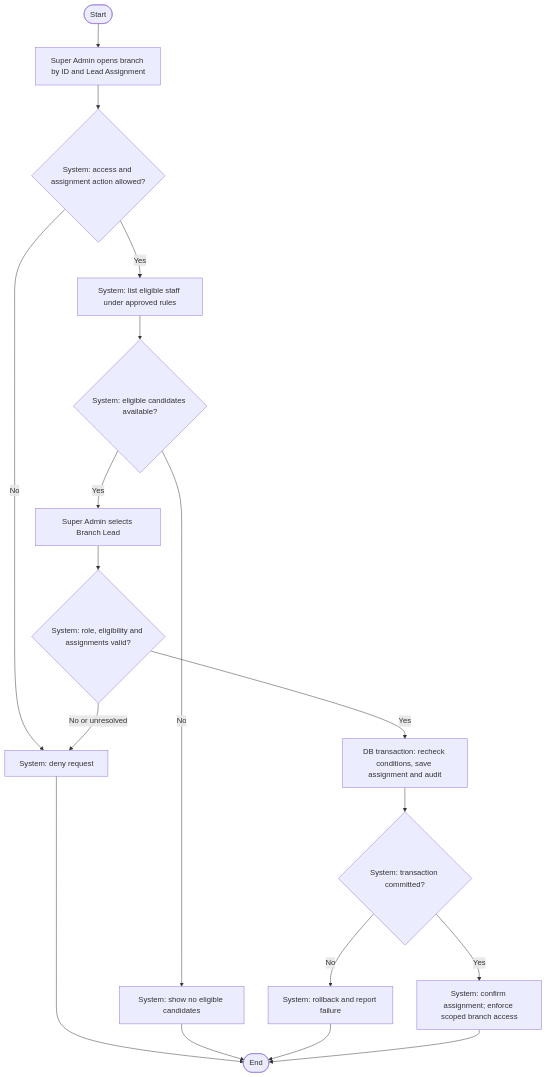
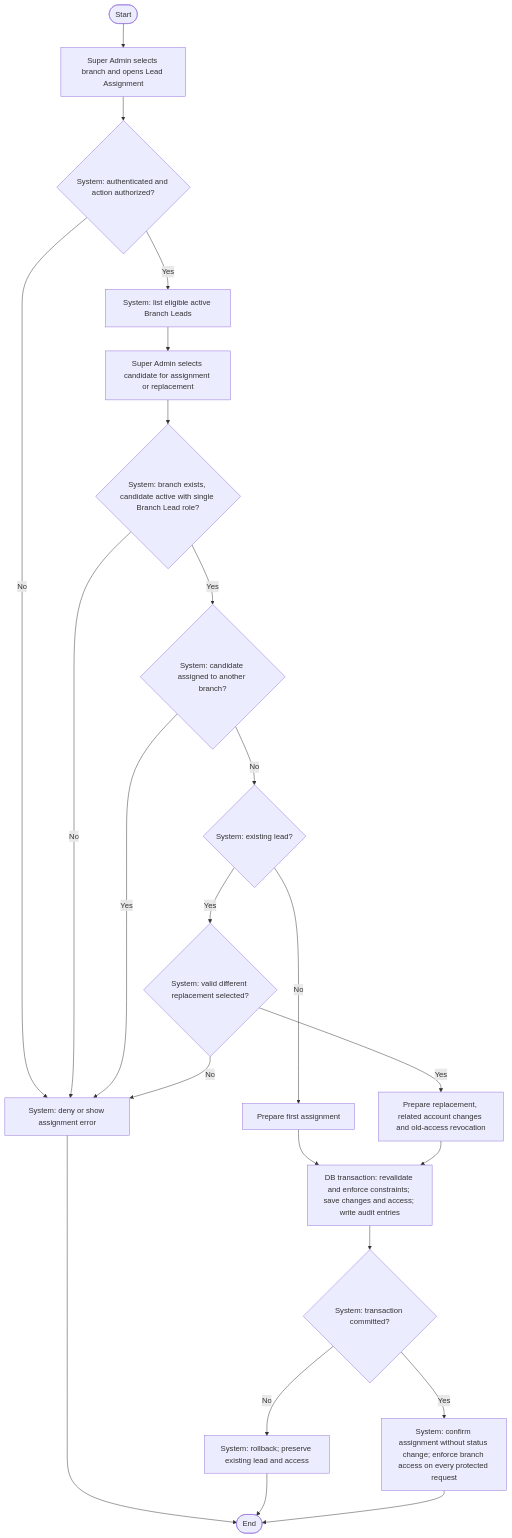
One commit to ShahzamanNaveed/HopeBridge changed the diagram in docs/flows/super-admin/assign-branch-lead.md. Above: the diagram before and after it, drawn with Mermaid. The commit also changed other lines of this file and 30 other files, not shown here.

````diff
--- a/docs/flows/super-admin/assign-branch-lead.md
+++ b/docs/flows/super-admin/assign-branch-lead.md
@@ -47,20 +50,25 @@
 ```mermaid
 flowchart TD
-    A([Start]) --> B["Super Admin opens branch by ID and Lead Assignment"]
-    B --> C{"System: access and assignment action allowed?"}
-    C -->|No| X["System: deny request"]
-    C -->|Yes| D["System: list eligible staff under approved rules"]
-    D --> E{"System: eligible candidates available?"}
-    E -->|No| Y["System: show no eligible candidates"]
-    E -->|Yes| F["Super Admin selects Branch Lead"]
-    F --> G{"System: role, eligibility and assignments valid?"}
-    G -->|No or unresolved| X
-    G -->|Yes| H["DB transaction: recheck conditions, save assignment and audit"]
-    H --> I{"System: transaction committed?"}
-    I -->|No| J["System: rollback and report failure"]
-    I -->|Yes| K["System: confirm assignment; enforce scoped branch access"]
+    A([Start]) --> B["Super Admin selects branch and opens Lead Assignment"]
+    B --> C{"System: authenticated and action authorized?"}
+    C -->|No| X["System: deny or show assignment error"]
+    C -->|Yes| D["System: list eligible active Branch Leads"]
+    D --> E["Super Admin selects candidate for assignment or replacement"]
+    E --> F{"System: branch exists, candidate active with single Branch Lead role?"}
+    F -->|No| X
+    F -->|Yes| G{"System: candidate assigned to another branch?"}
+    G -->|Yes| X
+    G -->|No| H{"System: existing lead?"}
+    H -->|No| I["Prepare first assignment"]
+    H -->|Yes| J{"System: valid different replacement selected?"}
+    J -->|No| X
+    J -->|Yes| K["Prepare replacement, related account changes and old-access revocation"]
+    I --> T["DB transaction: revalidate and enforce constraints; save changes and access; write audit entries"]
+    K --> T
+    T --> Q{"System: transaction committed?"}
+    Q -->|No| R["System: rollback; preserve existing lead and access"]
+    Q -->|Yes| S["System: confirm assignment without status change; enforce branch access on every protected request"]
     X --> Z([End])
-    Y --> Z
-    J --> Z
-    K --> Z
+    R --> Z
+    S --> Z
 ```
````
